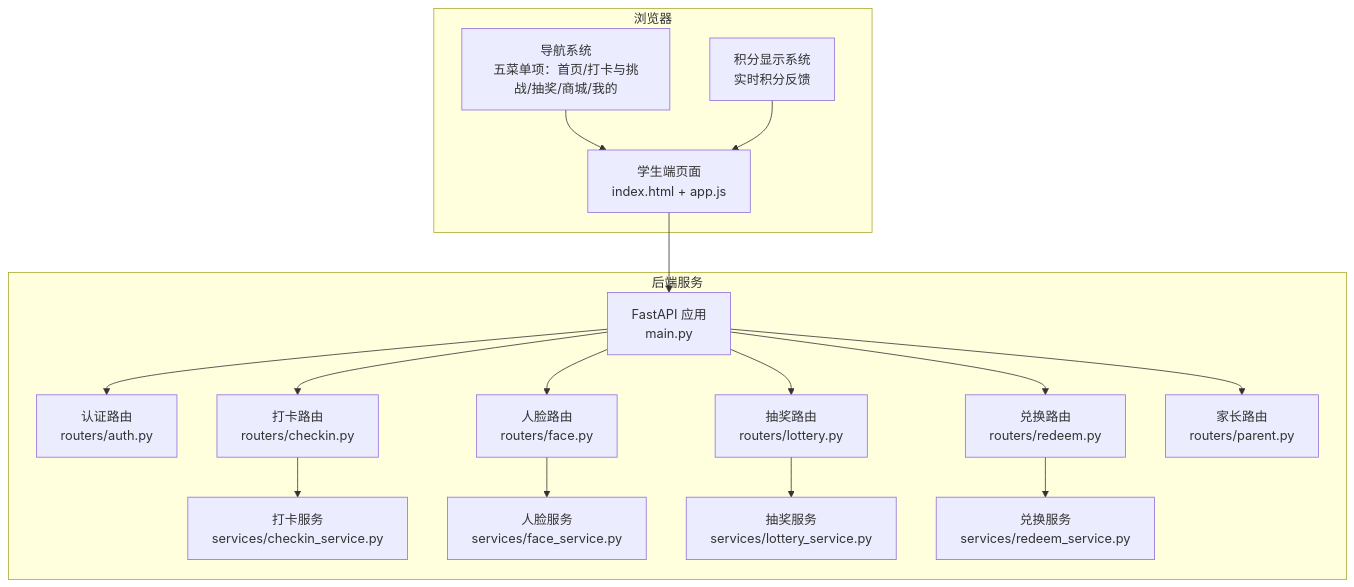
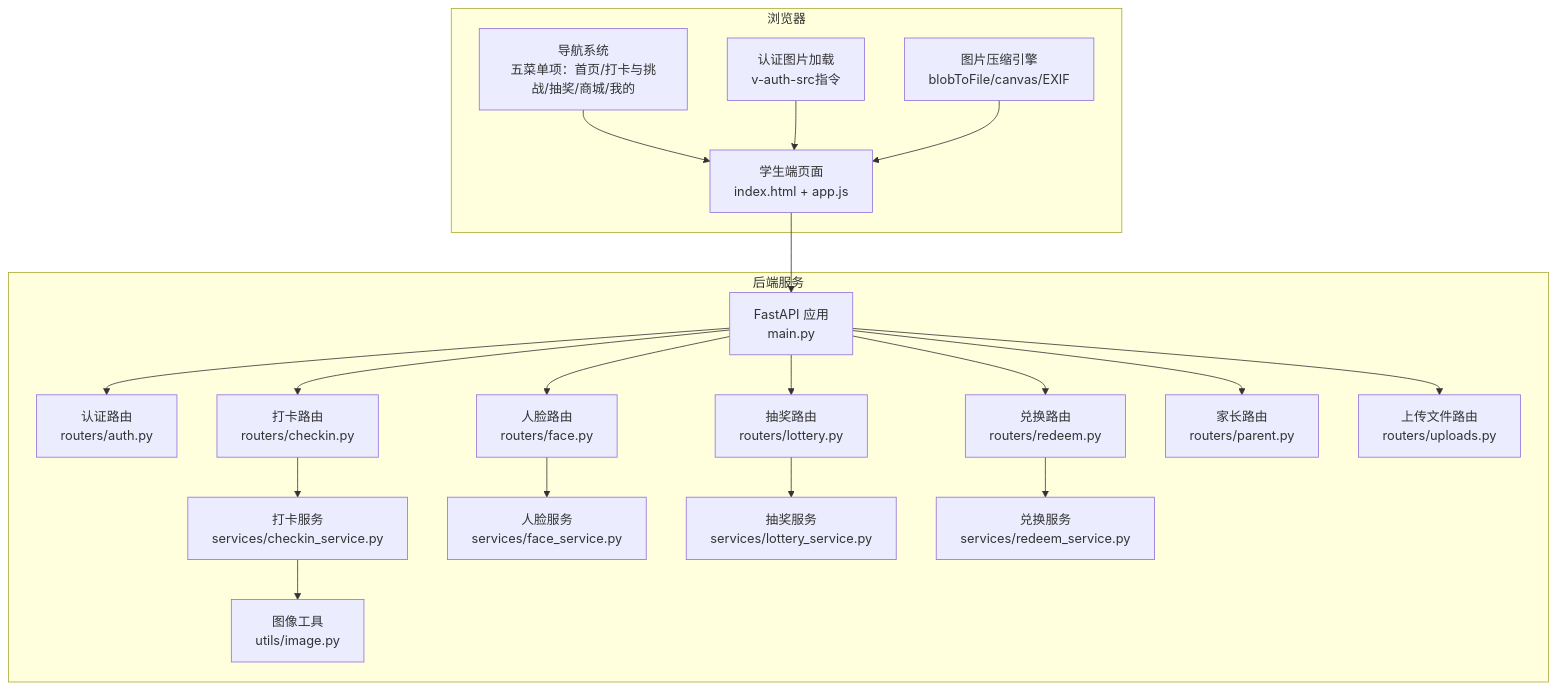
The first of 16 diagrams in .qoder/repowiki/zh/content/暑假作业打卡系统/前端应用设计/学生端应用.md (onebody/homework), drawn with Mermaid before and after one commit. The commit also changed other lines of this file and 35 other files, not shown here.

````diff
--- a/.qoder/repowiki/zh/content/暑假作业打卡系统/前端应用设计/学生端应用.md
+++ b/.qoder/repowiki/zh/content/暑假作业打卡系统/前端应用设计/学生端应用.md
@@ -53,34 +58,40 @@
 ```mermaid
 graph TB
 subgraph "浏览器"
 UI["学生端页面<br/>index.html + app.js"]
 NAV["导航系统<br/>五菜单项：首页/打卡与挑战/抽奖/商城/我的"]
-POINTS["积分显示系统<br/>实时积分反馈"]
+AUTHIMG["认证图片加载<br/>v-auth-src指令"]
+COMPRESS["图片压缩引擎<br/>blobToFile/canvas/EXIF"]
 end
 subgraph "后端服务"
 APP["FastAPI 应用<br/>main.py"]
 AUTH["认证路由<br/>routers/auth.py"]
 CHECKIN["打卡路由<br/>routers/checkin.py"]
 FACE["人脸路由<br/>routers/face.py"]
 LOTTERY["抽奖路由<br/>routers/lottery.py"]
 REDEEM["兑换路由<br/>routers/redeem.py"]
 PARENT["家长路由<br/>routers/parent.py"]
+UPLOADS["上传文件路由<br/>routers/uploads.py"]
 CSVC["打卡服务<br/>services/checkin_service.py"]
 FSVC["人脸服务<br/>services/face_service.py"]
 LSVC["抽奖服务<br/>services/lottery_service.py"]
 RSVC["兑换服务<br/>services/redeem_service.py"]
+IMGUTIL["图像工具<br/>utils/image.py"]
 end
 UI --> APP
 NAV --> UI
-POINTS --> UI
+AUTHIMG --> UI
+COMPRESS --> UI
 APP --> AUTH
 APP --> CHECKIN
 APP --> FACE
 APP --> LOTTERY
 APP --> REDEEM
 APP --> PARENT
+APP --> UPLOADS
 CHECKIN --> CSVC
 FACE --> FSVC
 LOTTERY --> LSVC
 REDEEM --> RSVC
+CSVC --> IMGUTIL
 ```
````
